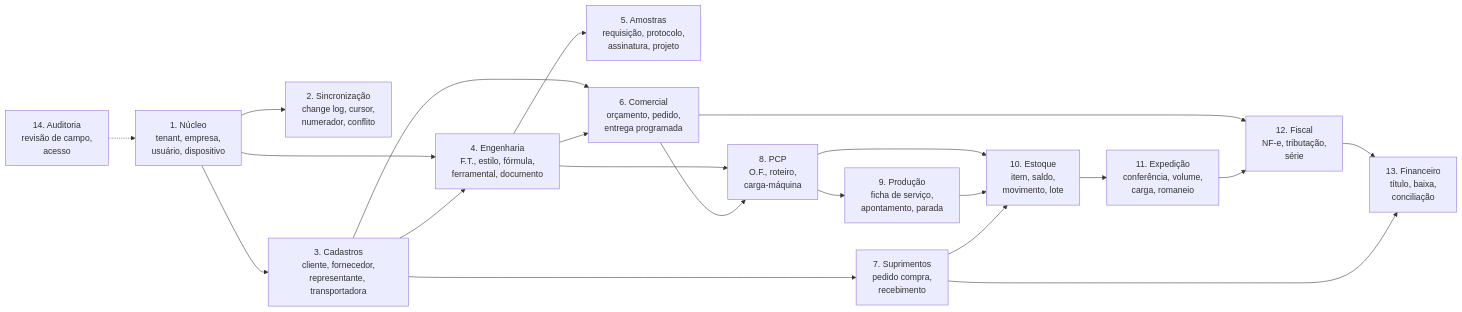
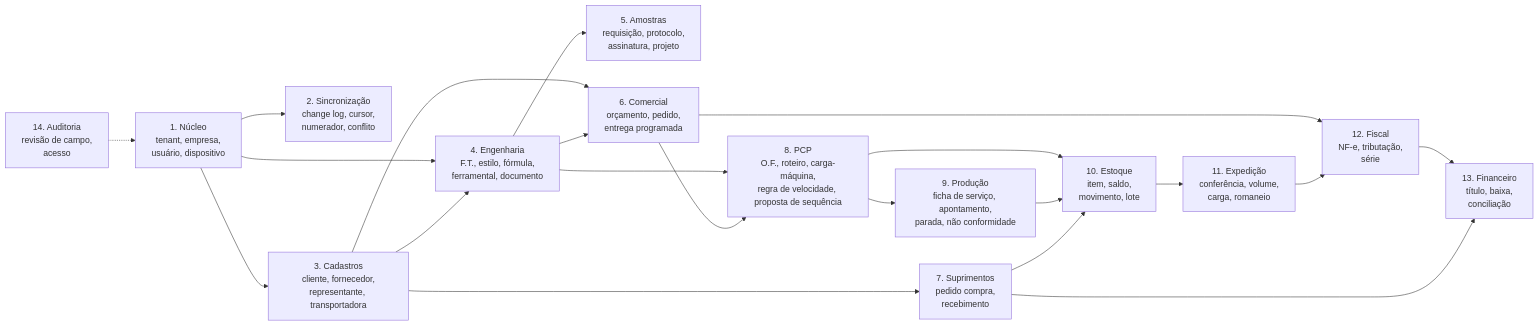
One commit to douglas-vitoriano/project_erp changed the diagram in docs/03-BANCO-DE-DADOS.md. Above: the diagram before and after it, drawn with Mermaid. The commit also changed other lines of this file and 6 other files, not shown here.

````diff
--- a/docs/03-BANCO-DE-DADOS.md
+++ b/docs/03-BANCO-DE-DADOS.md
@@ -13,29 +13,29 @@
 ```mermaid
 graph LR
     NUC["1. Núcleo<br/>tenant, empresa,<br/>usuário, dispositivo"]
     SYN["2. Sincronização<br/>change log, cursor,<br/>numerador, conflito"]
     CAD["3. Cadastros<br/>cliente, fornecedor,<br/>representante, transportadora"]
     ENG["4. Engenharia<br/>F.T., estilo, fórmula,<br/>ferramental, documento"]
     AMO["5. Amostras<br/>requisição, protocolo,<br/>assinatura, projeto"]
     COM["6. Comercial<br/>orçamento, pedido,<br/>entrega programada"]
     SUP["7. Suprimentos<br/>pedido compra,<br/>recebimento"]
-    PCP["8. PCP<br/>O.F., roteiro,<br/>carga-máquina"]
-    PRO["9. Produção<br/>ficha de serviço,<br/>apontamento, parada"]
+    PCP["8. PCP<br/>O.F., roteiro, carga-máquina,<br/>regra de velocidade, proposta de sequência"]
+    PRO["9. Produção<br/>ficha de serviço, apontamento,<br/>parada, não conformidade"]
     EST["10. Estoque<br/>item, saldo,<br/>movimento, lote"]
     EXP["11. Expedição<br/>conferência, volume,<br/>carga, romaneio"]
     FIS["12. Fiscal<br/>NF-e, tributação,<br/>série"]
     FIN["13. Financeiro<br/>título, baixa,<br/>conciliação"]
     AUD["14. Auditoria<br/>revisão de campo,<br/>acesso"]
 
     NUC --> CAD & ENG & SYN
     CAD --> ENG & COM & SUP
     ENG --> AMO & COM & PCP
     COM --> PCP & FIS
     PCP --> PRO & EST
     PRO --> EST
     EST --> EXP
     EXP --> FIS
     FIS --> FIN
     SUP --> EST & FIN
     AUD -.-> NUC
 ```
````
